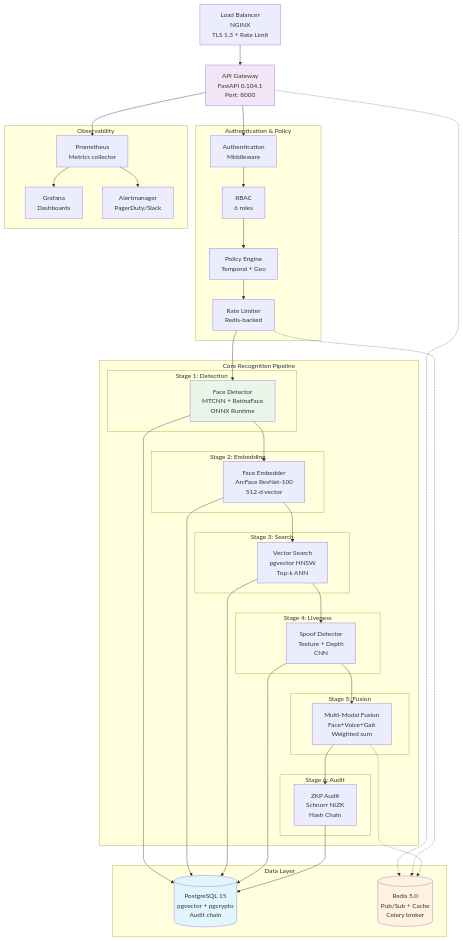
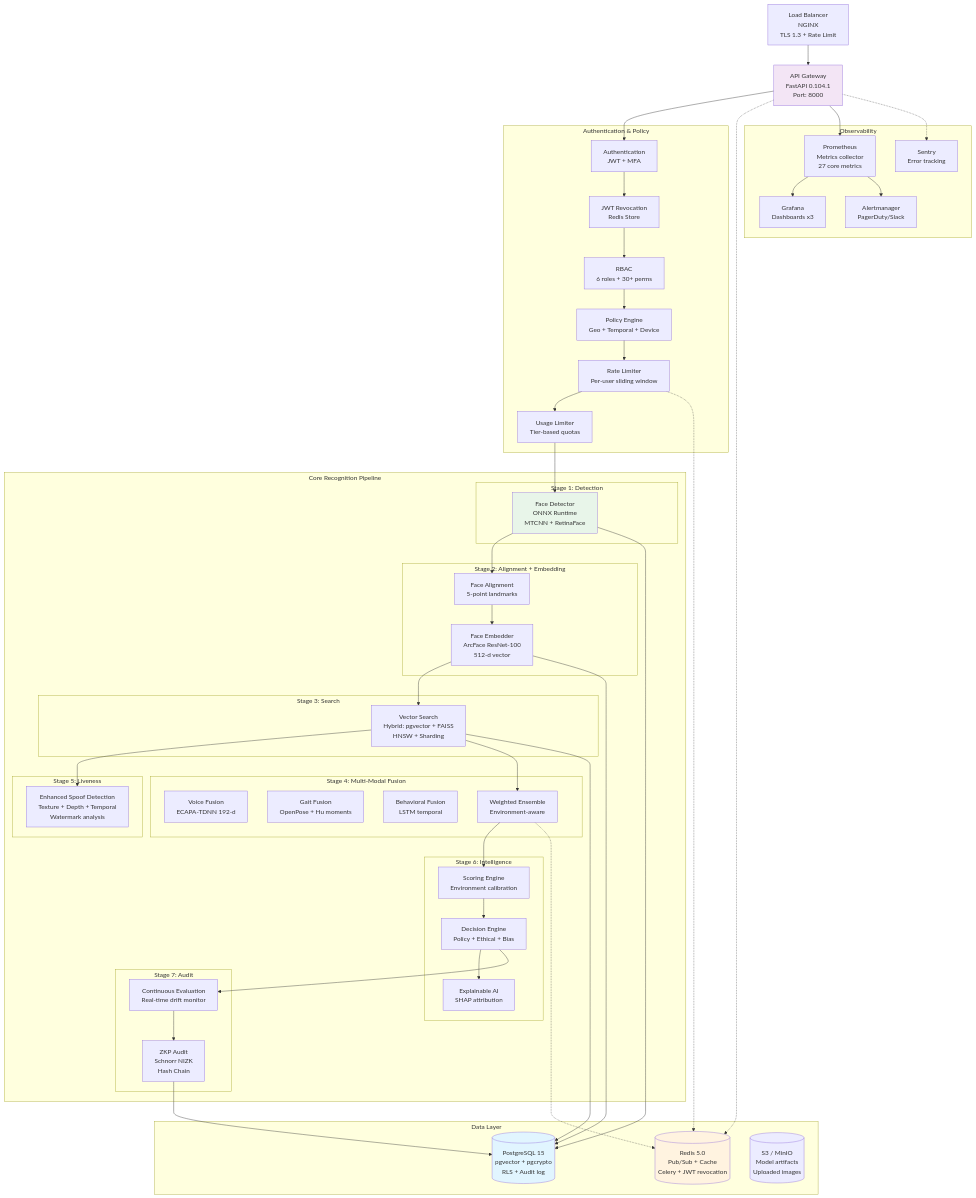
Before and after one commit to Blackdrg/AI-f-cybersecurity: the diagram in README.md, drawn with Mermaid. The commit also changed other lines of this file and 13 other files, not shown here.

```diff
--- a/README.md
+++ b/README.md
@@ -40,60 +63,80 @@
     API[API Gateway<br/>FastAPI 0.104.1<br/>Port: 8000]
     
     subgraph "Authentication & Policy"
-        AUTH[Authentication<br/>Middleware]
-        RBAC[RBAC<br/>6 roles]
-        POLICY[Policy Engine<br/>Temporal + Geo]
-        RATE[Rate Limiter<br/>Redis-backed]
+        AUTH[Authentication<br/>JWT + MFA]
+        JWT_REVOKE[JWT Revocation<br/>Redis Store]
+        RBAC[RBAC<br/>6 roles + 30+ perms]
+        POLICY[Policy Engine<br/>Geo + Temporal + Device]
+        RATE[Rate Limiter<br/>Per-user sliding window]
+        USAGE[Usage Limiter<br/>Tier-based quotas]
     end
     
     subgraph "Core Recognition Pipeline"
         subgraph "Stage 1: Detection"
-            FD[Face Detector<br/>MTCNN + RetinaFace<br/>ONNX Runtime]
+            FD[Face Detector<br/>ONNX Runtime<br/>MTCNN + RetinaFace]
         end
-        subgraph "Stage 2: Embedding"
+        subgraph "Stage 2: Alignment + Embedding"
+            ALIGN[Face Alignment<br/>5-point landmarks]
             FE[Face Embedder<br/>ArcFace ResNet-100<br/>512-d vector]
         end
         subgraph "Stage 3: Search"
-            VS[Vector Search<br/>pgvector HNSW<br/>Top-k ANN]
+            VS[Vector Search<br/>Hybrid: pgvector + FAISS<br/>HNSW + Sharding]
         end
-        subgraph "Stage 4: Liveness"
-            SD[Spoof Detector<br/>Texture + Depth<br/>CNN]
+        subgraph "Stage 4: Multi-Modal Fusion"
+            VF[Voice Fusion<br/>ECAPA-TDNN 192-d]
+            GF[Gait Fusion<br/>OpenPose + Hu moments]
+            BF[Behavioral Fusion<br/>LSTM temporal]
+            MF[Weighted Ensemble<br/>Environment-aware]
         end
-        subgraph "Stage 5: Fusion"
-            MF[Multi-Modal Fusion<br/>Face+Voice+Gait<br/>Weighted sum]
+        subgraph "Stage 5: Liveness"
+            SD[Enhanced Spoof Detection<br/>Texture + Depth + Temporal<br/>Watermark analysis]
         end
-        subgraph "Stage 6: Audit"
+        subgraph "Stage 6: Intelligence"
+            SE[Scoring Engine<br/>Environment calibration]
+            DE[Decision Engine<br/>Policy + Ethical + Bias]
+            XAI[Explainable AI<br/>SHAP attribution]
+        end
+        subgraph "Stage 7: Audit"
+            CE[Continuous Evaluation<br/>Real-time drift monitor]
             ZKP[ZKP Audit<br/>Schnorr NIZK<br/>Hash Chain]
         end
     end
-    
+     
      subgraph "Data Layer"
-         PG[(PostgreSQL 15<br/>pgvector + pgcrypto<br/>Audit chain)]
-         REDIS[(Redis 5.0<br/>Pub/Sub + Cache<br/>Celery broker)]
+         PG[(PostgreSQL 15<br/>pgvector + pgcrypto<br/>RLS + Audit log)]
+         REDIS[(Redis 5.0<br/>Pub/Sub + Cache<br/>Celery + JWT revocation)]
+         S3[(S3 / MinIO<br/>Model artifacts<br/>Uploaded images)]
      end
-    
-    subgraph "Observability"
-        MET[Prometheus<br/>Metrics collector]
-        GRA[Grafana<br/>Dashboards]
-        ALERT[Alertmanager<br/>PagerDuty/Slack]
-    end
-    
+     
+     subgraph "Observability"
+         MET[Prometheus<br/>Metrics collector<br/>27 core metrics]
+         GRA[Grafana<br/>Dashboards x3]
+         ALERT[Alertmanager<br/>PagerDuty/Slack]
+         SENTRY[Sentry<br/>Error tracking]
+     end
+     
     LB --> API
     API --> AUTH
-    AUTH --> RBAC
+    AUTH --> JWT_REVOKE
+    JWT_REVOKE --> RBAC
     RBAC --> POLICY
     POLICY --> RATE
-    RATE --> FD
-    FD --> FE
+    RATE --> USAGE
+    USAGE --> FD
+    FD --> ALIGN
+    ALIGN --> FE
     FE --> VS
     VS --> SD
-    SD --> MF
-    MF --> ZKP
+    VS --> MF
+    MF --> SE
+    SE --> DE
+    DE --> XAI
+    DE --> CE
+    CE --> ZKP
     
     FD --> PG
     FE --> PG
     VS --> PG
-    SD --> PG
     ZKP --> PG
     
     API -.-> REDIS
@@ -103,6 +146,7 @@
     API --> MET
     MET --> GRA
     MET --> ALERT
+    API -.-> SENTRY
     
     style PG fill:#e1f5ff
     style REDIS fill:#fff3e0
```
